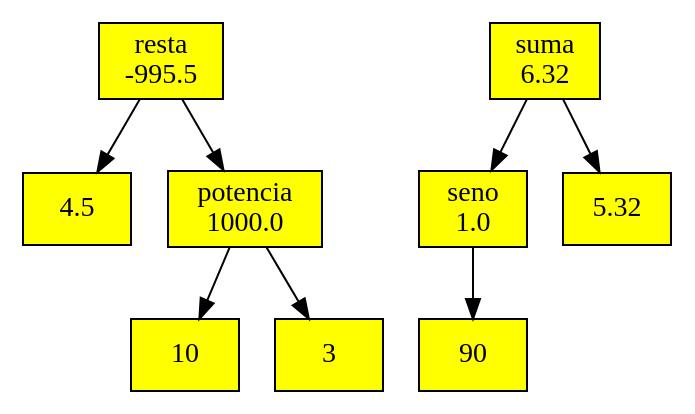
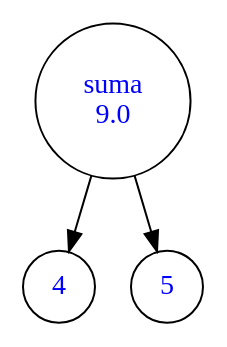
One commit to Javier-201906795/LFP_S2_2023_Proyecto1_201906795 changed the diagram in GraficaArbol.dot. Above: the diagram before and after it, drawn with Graphviz. The commit also changed 11 other files, not shown here.

```diff
--- a/GraficaArbol.dot
+++ b/GraficaArbol.dot
@@ -1,23 +1,9 @@
 digraph Grafica {
-	node [fillcolor=yellow fontcolor=black shape=box style=filled]
-	x10 [label=4.5]
-	x11 [label=10]
-	x12 [label=3]
-	x13 [label="potencia
-1000.0"]
-	x13 -> x12
-	x13 -> x11
-	x14 [label="resta
--995.5"]
-	x14 -> x13
-	x14 -> x10
-	x15 [label="seno
-1.0"]
-	x16 [label=90]
-	x15 -> x16
-	x17 [label=5.32]
-	x18 [label="suma
-6.32"]
-	x18 -> x17
-	x18 -> x15
+	node [fillcolor=white fontcolor=blue shape=circle style=filled]
+	x1 [label=4]
+	x2 [label=5]
+	x3 [label="suma
+9.0"]
+	x3 -> x2
+	x3 -> x1
 }
```
